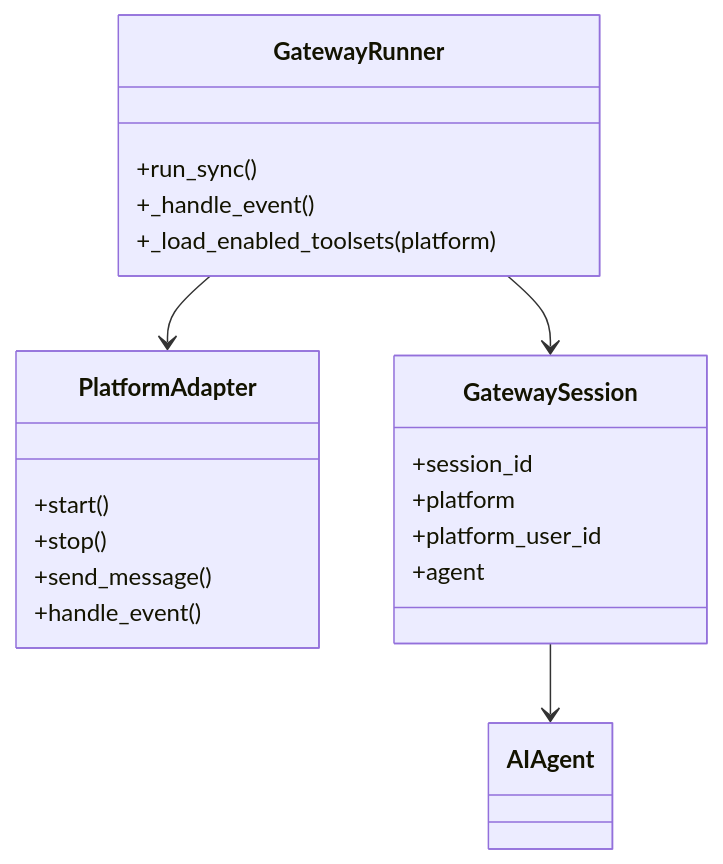
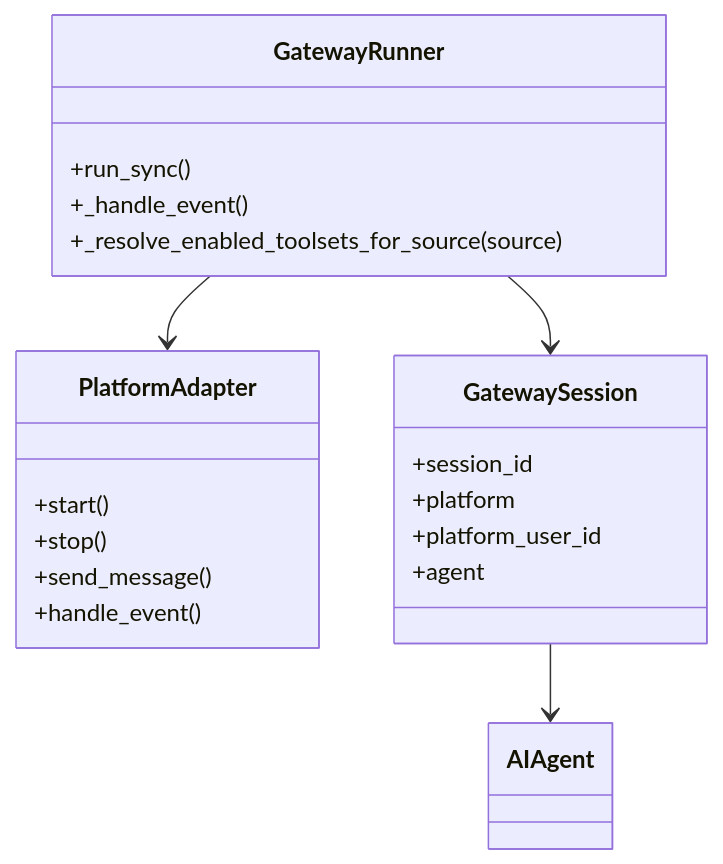
One commit to adrian9778/hermes-agent changed the third of 3 diagrams in docs/sourceReader/05-消息网关与平台适配.md. Above: the diagram before and after it, drawn with Mermaid. The commit also changed other lines of this file and 16 other files, not shown here.

````diff
--- a/docs/sourceReader/05-消息网关与平台适配.md
+++ b/docs/sourceReader/05-消息网关与平台适配.md
@@ -152,23 +149,23 @@
 ```mermaid
 classDiagram
     class GatewayRunner {
         +run_sync()
         +_handle_event()
-        +_load_enabled_toolsets(platform)
+        +_resolve_enabled_toolsets_for_source(source)
     }
     class PlatformAdapter {
         +start()
         +stop()
         +send_message()
         +handle_event()
     }
     class GatewaySession {
         +session_id
         +platform
         +platform_user_id
         +agent
     }
     GatewayRunner --> PlatformAdapter
     GatewayRunner --> GatewaySession
     GatewaySession --> AIAgent
 ```
````
